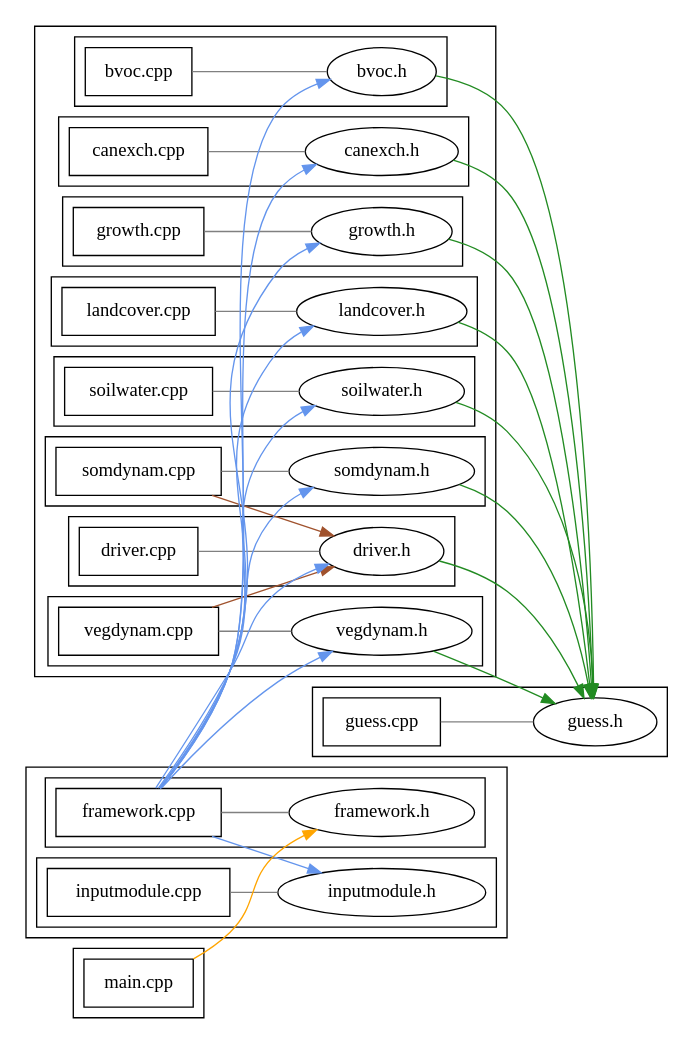
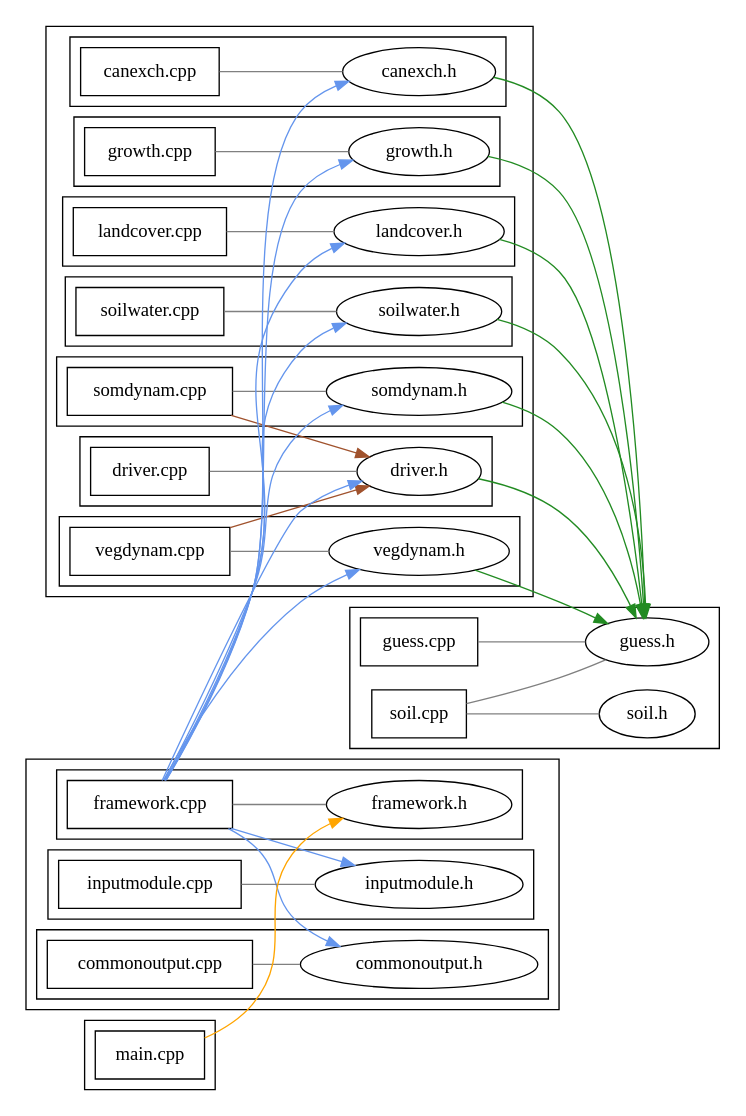
The diagram in reference/figures/structure.dot (mateusdp/LPJ-GUESS-NTD), drawn with Graphviz before and after one commit. The commit also changed 11 other files, not shown here.

```diff
--- a/reference/figures/structure.dot
+++ b/reference/figures/structure.dot
@@ -1,117 +1,119 @@
 /*
  * DOT file for describing LPJ-GUESS file structure.
  *
  * Was used to generate the file structure figure in guessdoc.
  *
  * To regenerate, run it through dot, for instance:
  *
  * dot -Tgif -o structure.gif structure.dot
  *
  * (graphviz needs to be installed)
  * For more information, see graphviz homepage (http://www.graphviz.org).
  */
 digraph G {
 	rankdir=LR
 
 	subgraph cluster_modules {
-	  subgraph cluster_bvoc {
-	    "bvoc.cpp" [shape=box];
-	    "bvoc.h"
-	  }
 
 	  subgraph cluster_canexch {
 	    "canexch.cpp" [shape=box];
 	    "canexch.h"
 	  }
 
 	  subgraph cluster_driver {
 	    "driver.cpp" [shape=box];
 	    "driver.h"
 	  }
 
 	  subgraph cluster_growth {
 	    "growth.cpp" [shape=box];
 	    "growth.h"
 	  }
 
 	  subgraph cluster_landcover {
 	    "landcover.cpp" [shape=box];
 	    "landcover.h"
 	  }
 
 	  subgraph cluster_soilwater {
 	    "soilwater.cpp" [shape=box];
 	    "soilwater.h"
 	  }
 
 	  subgraph cluster_somdynam {
 	    "somdynam.cpp" [shape=box];
 	    "somdynam.h"
 	  }
 
 	  subgraph cluster_vegdynam {
 	    "vegdynam.cpp" [shape=box];
 	    "vegdynam.h"
 	  }
 	}
 
 	subgraph cluster_frameworks {
 	  subgraph cluster_framework {
 	    "framework.cpp" [shape=box];
 	    "framework.h"
 	  }
 
 	  subgraph cluster_inputmodel {
 	    "inputmodule.cpp" [shape=box];
 	    "inputmodule.h"
 	  }
+	  subgraph cluster_outputmodel {
+	    "commonoutput.cpp" [shape=box];
+	    "commonoutput.h"
+	  }
 	}
 
 
 	subgraph cluster_main {
 	  "main.cpp" [shape=box];
 	}
 
 	subgraph cluster_guess {
 	  "guess.cpp" [shape=box];
 	  "guess.h"
+	  "soil.cpp" [shape=box];
+	  "soil.h"
 	}
 
-
-	"bvoc.h" -> "guess.h" [color="forestgreen"];
 	"growth.h" -> "guess.h" [color="forestgreen"];
 	"vegdynam.h" -> "guess.h" [color="forestgreen"];
 	"canexch.h" -> "guess.h" [color="forestgreen"];
 	"soilwater.h" -> "guess.h" [color="forestgreen"];
 	"landcover.h" -> "guess.h" [color="forestgreen"];
 	"driver.h" -> "guess.h" [color="forestgreen"];
 	"somdynam.h" -> "guess.h" [color="forestgreen"];
 
 	"guess.cpp" -> "guess.h" [color="gray" arrowhead=none];
+	"soil.cpp" -> "soil.h" [color="gray" arrowhead=none];
+	"soil.cpp" -> "guess.h" [color="gray" arrowhead=none];
 
 	"driver.cpp" -> "driver.h" [color="gray" arrowhead=none];
 	"canexch.cpp" -> "canexch.h" [color="gray" arrowhead=none];
 	"inputmodule.cpp" -> "inputmodule.h" [color="gray" arrowhead=none];
-	"bvoc.cpp" -> "bvoc.h" [color="gray" arrowhead=none];
+	"commonoutput.cpp" -> "commonoutput.h" [color="gray" arrowhead=none];
 	"landcover.cpp" -> "landcover.h" [color="gray" arrowhead=none];
 	"soilwater.cpp" -> "soilwater.h" [color="gray" arrowhead=none];
 	"vegdynam.cpp" -> "vegdynam.h" [color="gray" arrowhead=none];
 	"growth.cpp" -> "growth.h" [color="gray" arrowhead=none];
 	"somdynam.cpp" -> "somdynam.h" [color="gray" arrowhead=none];
 
 	"main.cpp" -> "framework.h" [color="orange"];
 
 	"vegdynam.cpp" -> "driver.h" [color="sienna"];
 	"somdynam.cpp" -> "driver.h" [color="sienna"];
 
 	"framework.cpp" -> "framework.h" [color="gray" arrowhead=none];
 	"framework.cpp" -> "inputmodule.h" [color="cornflowerblue"];
+	"framework.cpp" -> "commonoutput.h" [color="cornflowerblue"];
 	"framework.cpp" -> "driver.h" [color="cornflowerblue"];
 	"framework.cpp" -> "canexch.h" [color="cornflowerblue"];
 	"framework.cpp" -> "landcover.h" [color="cornflowerblue"];
 	"framework.cpp" -> "soilwater.h" [color="cornflowerblue"];
 	"framework.cpp" -> "somdynam.h" [color="cornflowerblue"];
 	"framework.cpp" -> "growth.h" [color="cornflowerblue"];
 	"framework.cpp" -> "vegdynam.h" [color="cornflowerblue"];
-	"framework.cpp" -> "bvoc.h" [color="cornflowerblue"];
 }
```
